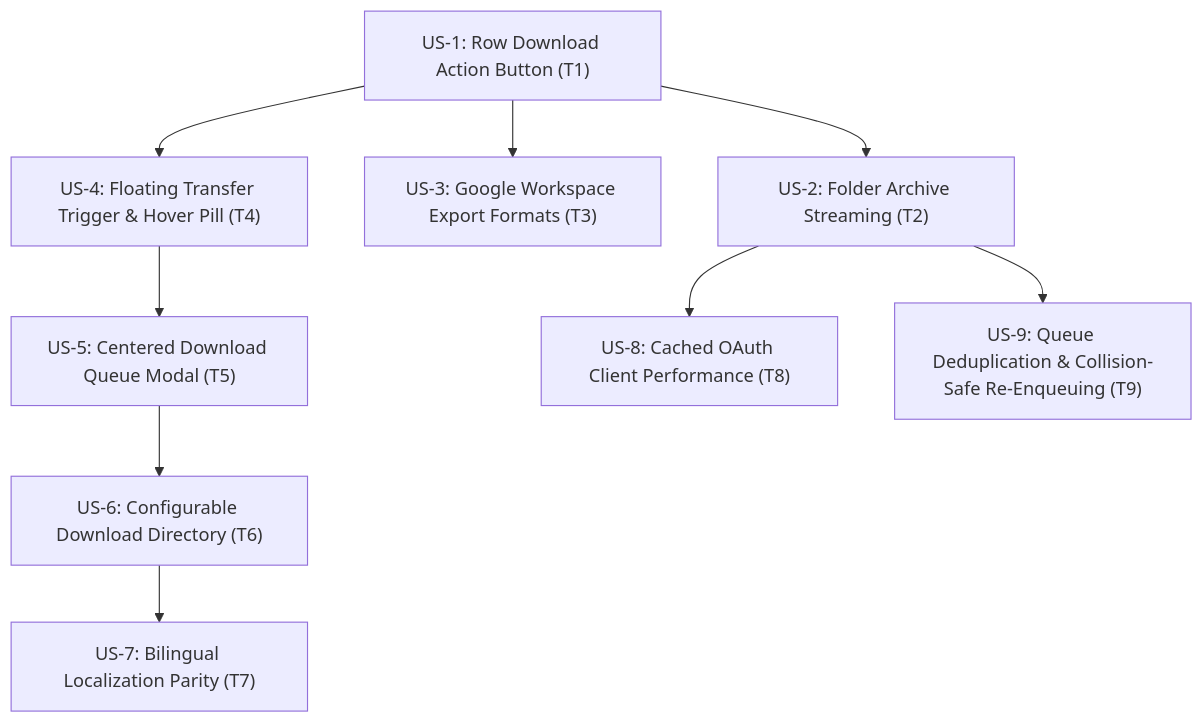
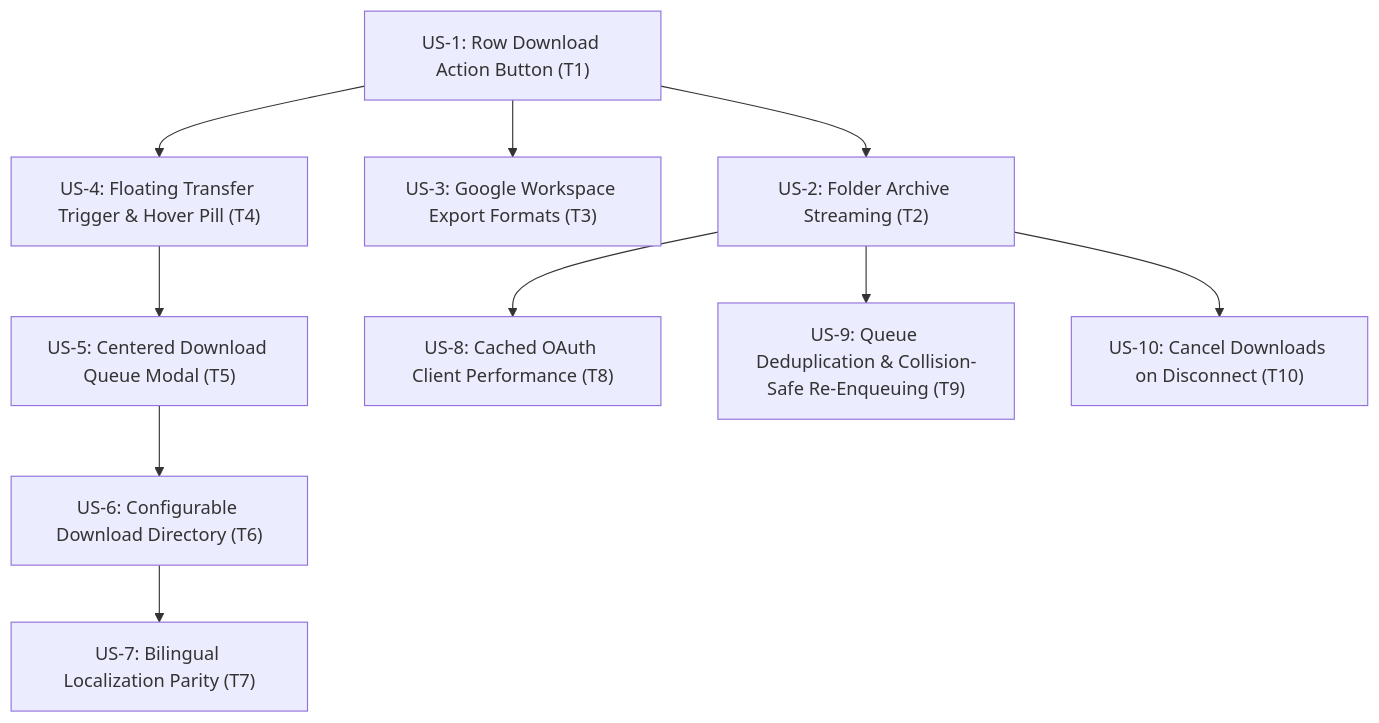
One commit to sebix7/Prydrive changed the diagram in specs/012-download-transfers/plan.md. Above: the diagram before and after it, drawn with Mermaid. The commit also changed other lines of this file and 12 other files, not shown here.

First line of the commit message:
feat(download): cancel downloads on disconnect and fix dark hover text

````diff
--- a/specs/012-download-transfers/plan.md
+++ b/specs/012-download-transfers/plan.md
@@ -441,11 +459,12 @@
 ```mermaid
 flowchart TD
     US1["US-1: Row Download Action Button (T1)"] --> US2["US-2: Folder Archive Streaming (T2)"]
     US1 --> US3["US-3: Google Workspace Export Formats (T3)"]
     US1 --> US4["US-4: Floating Transfer Trigger & Hover Pill (T4)"]
     US4 --> US5["US-5: Centered Download Queue Modal (T5)"]
     US5 --> US6["US-6: Configurable Download Directory (T6)"]
     US6 --> US7["US-7: Bilingual Localization Parity (T7)"]
     US2 --> US8["US-8: Cached OAuth Client Performance (T8)"]
     US2 --> US9["US-9: Queue Deduplication & Collision-Safe Re-Enqueuing (T9)"]
+    US2 --> US10["US-10: Cancel Downloads on Disconnect (T10)"]
 ```
````
